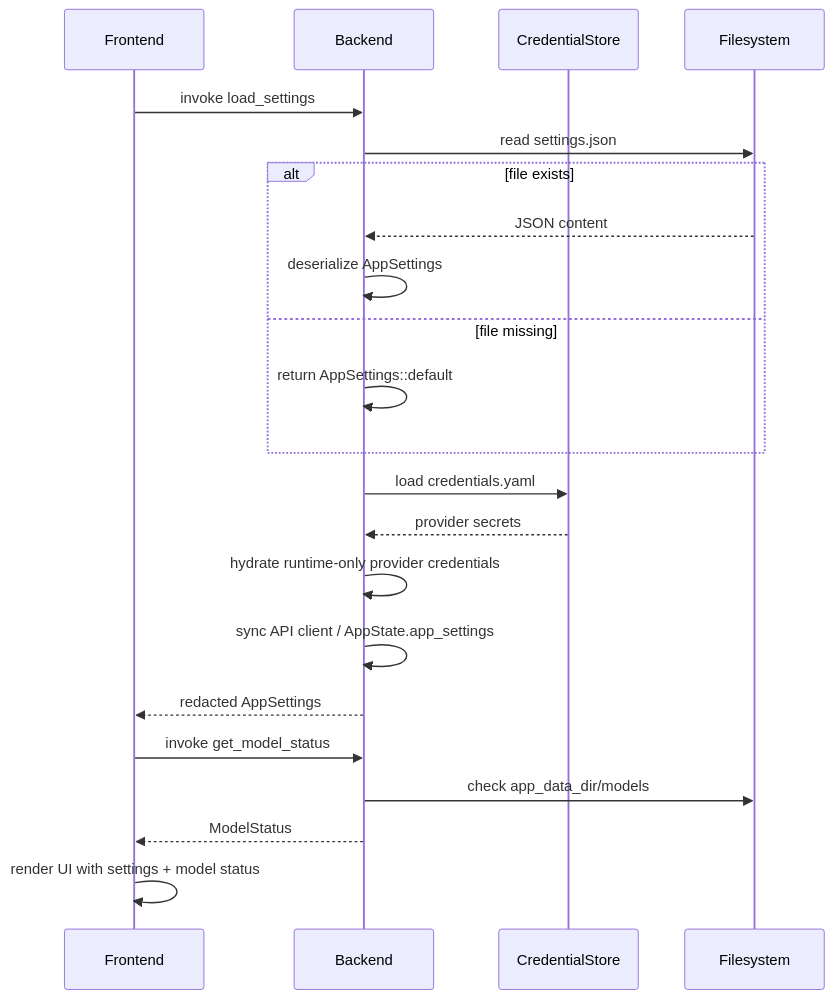
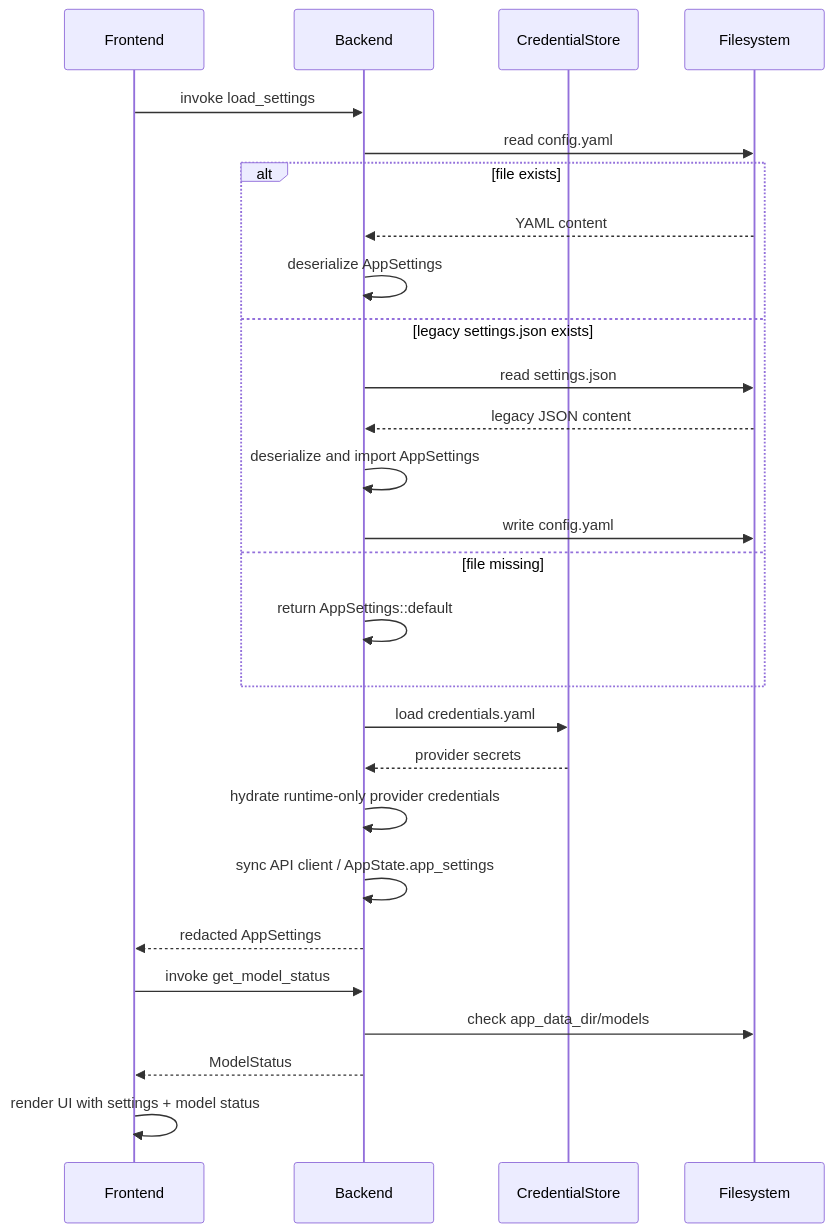
The first of 4 diagrams in docs/SETTINGS_DESIGN.md (Codeseys-Labs/audio-graph), drawn with Mermaid before and after one commit. The commit also changed other lines of this file and 13 other files, not shown here.

First line of the commit message:
docs: STT/provider/storage research notes + ARCHITECTURE/CONTRIBUTING/SETTINGS refresh

````diff
--- a/docs/SETTINGS_DESIGN.md
+++ b/docs/SETTINGS_DESIGN.md
@@ -827,27 +834,32 @@
 ```mermaid
 sequenceDiagram
     participant FE as Frontend
     participant BE as Backend
     participant CRED as CredentialStore
     participant FS as Filesystem
 
     FE->>BE: invoke load_settings
-    BE->>FS: read settings.json
+    BE->>FS: read config.yaml
     alt file exists
-        FS-->>BE: JSON content
+        FS-->>BE: YAML content
         BE->>BE: deserialize AppSettings
+    else legacy settings.json exists
+        BE->>FS: read settings.json
+        FS-->>BE: legacy JSON content
+        BE->>BE: deserialize and import AppSettings
+        BE->>FS: write config.yaml
     else file missing
         BE->>BE: return AppSettings::default
     end
     BE->>CRED: load credentials.yaml
     CRED-->>BE: provider secrets
     BE->>BE: hydrate runtime-only provider credentials
     BE->>BE: sync API client / AppState.app_settings
     BE-->>FE: redacted AppSettings
 
     FE->>BE: invoke get_model_status
     BE->>FS: check app_data_dir/models
     BE-->>FE: ModelStatus
 
     FE->>FE: render UI with settings + model status
 ```
````
